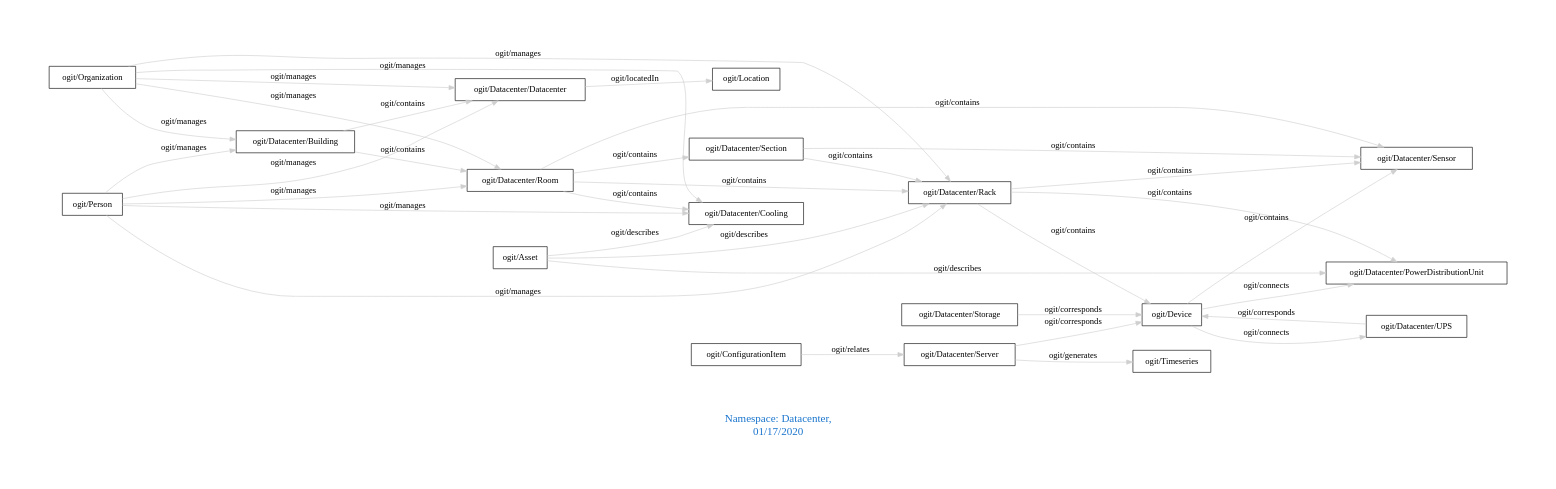
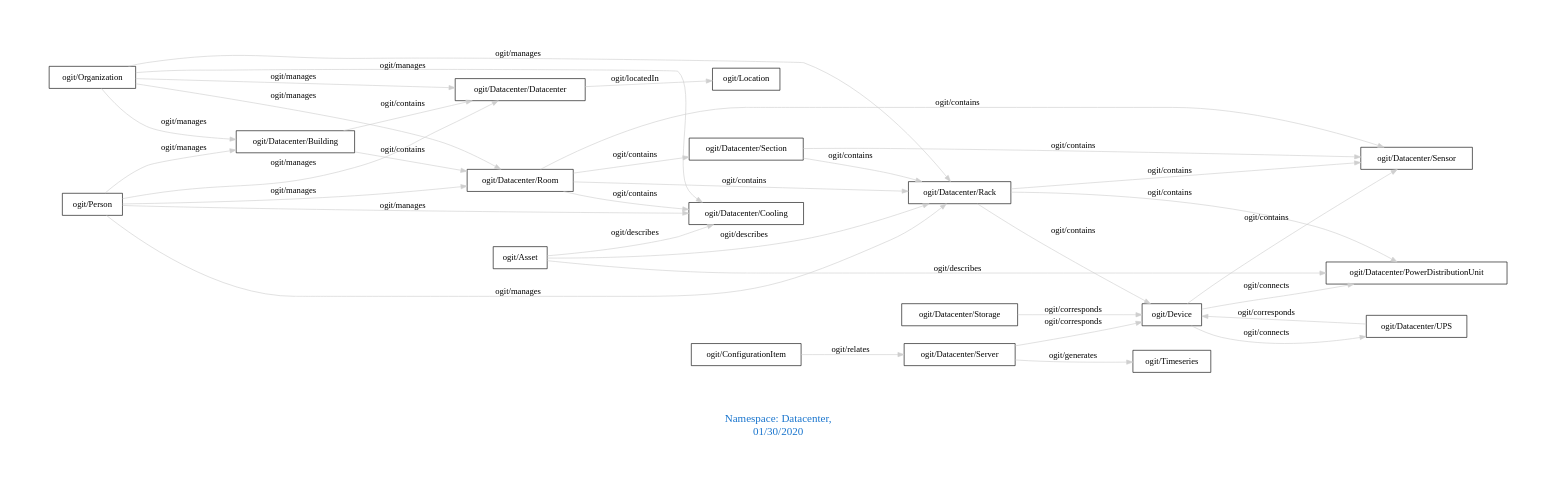
One commit to arago/OGIT changed the diagram in downloads/Datacenter.dot. Above: the diagram before and after it, drawn with Graphviz. The commit also changed 1675 other files, not shown here.

```diff
--- a/downloads/Datacenter.dot
+++ b/downloads/Datacenter.dot
@@ -1,41 +1,41 @@
 digraph OGIT_ontology {
  graph [ rankdir= LR,pad=1 
 fontsize = 18,
-fontcolor= dodgerblue3,label = "\n\n\nNamespace: Datacenter, \n 01/17/2020"];
+fontcolor= dodgerblue3,label = "\n\n\nNamespace: Datacenter, \n 01/30/2020"];
 node[shape=polygon];
 edge [  color="gray81"];
 
    "ogit/Datacenter/Building" -> "ogit/Datacenter/Datacenter" [label="   ogit/contains    "];
    "ogit/Datacenter/Building" -> "ogit/Datacenter/Room" [label="   ogit/contains    "];
    "ogit/Datacenter/Rack" -> "ogit/Datacenter/Sensor" [label="   ogit/contains    "];
    "ogit/Datacenter/Rack" -> "ogit/Datacenter/PowerDistributionUnit" [label="   ogit/contains    "];
    "ogit/Datacenter/Rack" -> "ogit/Device" [label="   ogit/contains    "];
    "ogit/Datacenter/Room" -> "ogit/Datacenter/Rack" [label="   ogit/contains    "];
    "ogit/Datacenter/Room" -> "ogit/Datacenter/Cooling" [label="   ogit/contains    "];
    "ogit/Datacenter/Room" -> "ogit/Datacenter/Sensor" [label="   ogit/contains    "];
    "ogit/Datacenter/Room" -> "ogit/Datacenter/Section" [label="   ogit/contains    "];
    "ogit/Datacenter/Section" -> "ogit/Datacenter/Sensor" [label="   ogit/contains    "];
    "ogit/Datacenter/Section" -> "ogit/Datacenter/Rack" [label="   ogit/contains    "];
    "ogit/Device" -> "ogit/Datacenter/Sensor" [label="   ogit/contains    "];
    "ogit/Organization" -> "ogit/Datacenter/Room" [label="   ogit/manages    "];
    "ogit/Organization" -> "ogit/Datacenter/Rack" [label="   ogit/manages    "];
    "ogit/Organization" -> "ogit/Datacenter/Datacenter" [label="   ogit/manages    "];
    "ogit/Organization" -> "ogit/Datacenter/Cooling" [label="   ogit/manages    "];
    "ogit/Organization" -> "ogit/Datacenter/Building" [label="   ogit/manages    "];
    "ogit/Person" -> "ogit/Datacenter/Room" [label="   ogit/manages    "];
    "ogit/Person" -> "ogit/Datacenter/Rack" [label="   ogit/manages    "];
    "ogit/Person" -> "ogit/Datacenter/Datacenter" [label="   ogit/manages    "];
    "ogit/Person" -> "ogit/Datacenter/Cooling" [label="   ogit/manages    "];
    "ogit/Person" -> "ogit/Datacenter/Building" [label="   ogit/manages    "];
    "ogit/Datacenter/Server" -> "ogit/Timeseries" [label="   ogit/generates    "];
    "ogit/Asset" -> "ogit/Datacenter/Rack" [label="   ogit/describes    "];
    "ogit/Asset" -> "ogit/Datacenter/PowerDistributionUnit" [label="   ogit/describes    "];
    "ogit/Asset" -> "ogit/Datacenter/Cooling" [label="   ogit/describes    "];
    "ogit/Device" -> "ogit/Datacenter/PowerDistributionUnit" [label="   ogit/connects    "];
    "ogit/Device" -> "ogit/Datacenter/UPS" [label="   ogit/connects    "];
    "ogit/Datacenter/Datacenter" -> "ogit/Location" [label="   ogit/locatedIn    "];
    "ogit/Datacenter/Server" -> "ogit/Device" [label="   ogit/corresponds    "];
    "ogit/Datacenter/Storage" -> "ogit/Device" [label="   ogit/corresponds    "];
    "ogit/Datacenter/UPS" -> "ogit/Device" [label="   ogit/corresponds    "];
    "ogit/ConfigurationItem" -> "ogit/Datacenter/Server" [label="   ogit/relates    "];
 }
```
